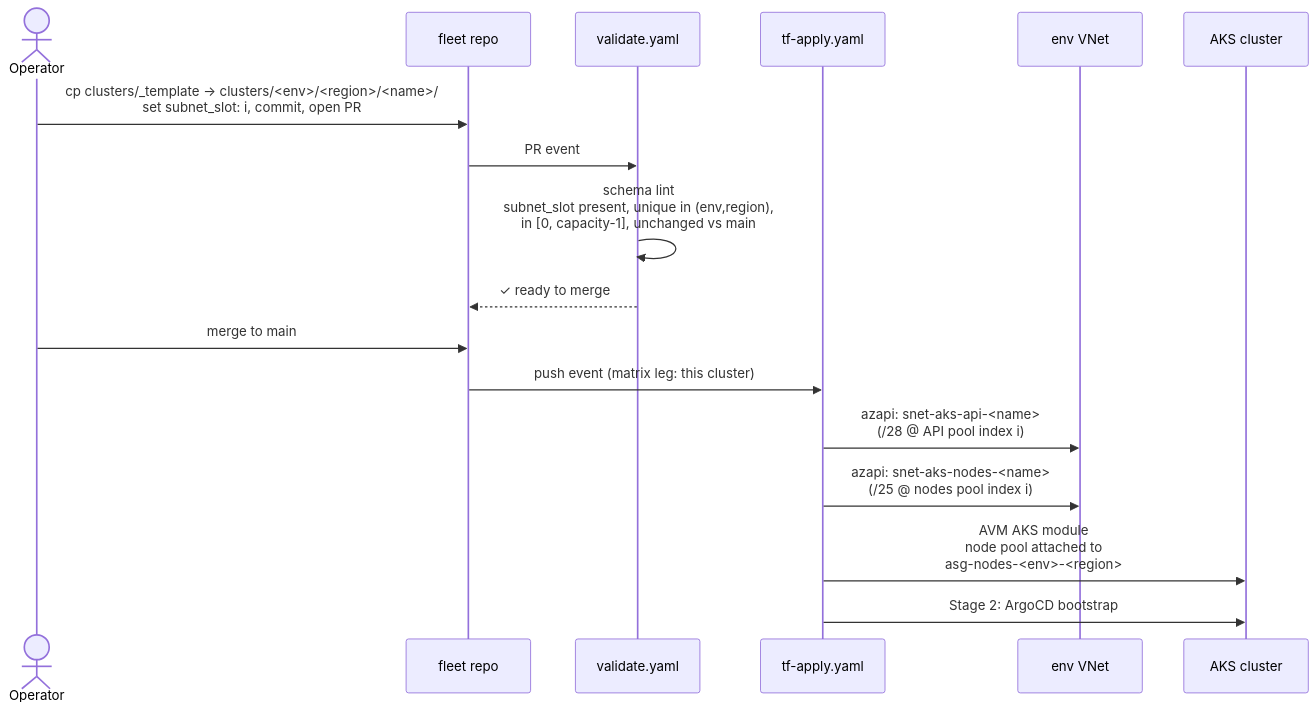
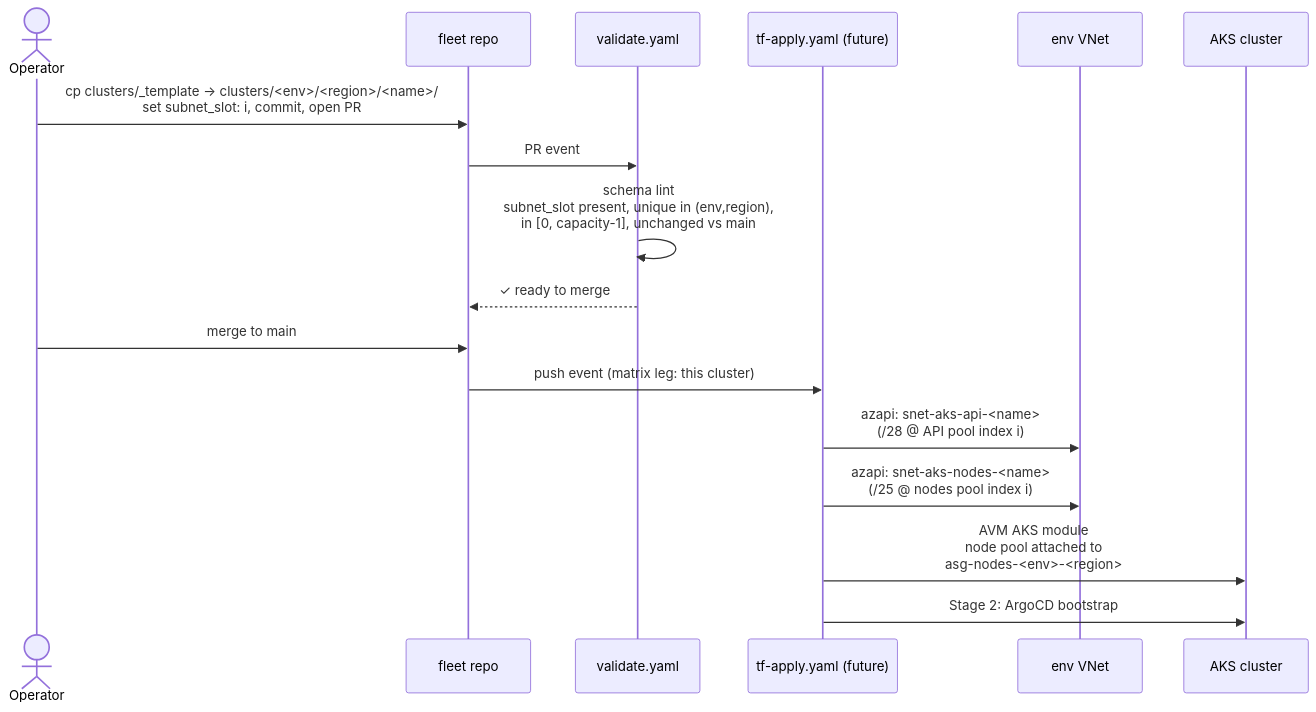
The fourth of 5 diagrams in docs/networking.md (matt-FFFFFF/fleet), drawn with Mermaid before and after one commit. The commit also changed other lines of this file and 8 other files, not shown here.

````diff
--- a/docs/networking.md
+++ b/docs/networking.md
@@ -260,21 +262,21 @@
 ```mermaid
 sequenceDiagram
     actor OP as Operator
     participant REPO as fleet repo
     participant CI as validate.yaml
-    participant APPLY as tf-apply.yaml
+    participant APPLY as tf-apply.yaml (future)
     participant ENV as env VNet
     participant AKS as AKS cluster
 
     OP->>REPO: cp clusters/_template → clusters/<env>/<region>/<name>/<br/>set subnet_slot: i, commit, open PR
     REPO->>CI: PR event
     CI->>CI: schema lint<br/>subnet_slot present, unique in (env,region),<br/>in [0, capacity-1], unchanged vs main
     CI-->>REPO: ✓ ready to merge
 
     OP->>REPO: merge to main
     REPO->>APPLY: push event (matrix leg: this cluster)
     APPLY->>ENV: azapi: snet-aks-api-<name><br/>(/28 @ API pool index i)
     APPLY->>ENV: azapi: snet-aks-nodes-<name><br/>(/25 @ nodes pool index i)
     APPLY->>AKS: AVM AKS module<br/>node pool attached to<br/>asg-nodes-<env>-<region>
     APPLY->>AKS: Stage 2: ArgoCD bootstrap
 ```
````
